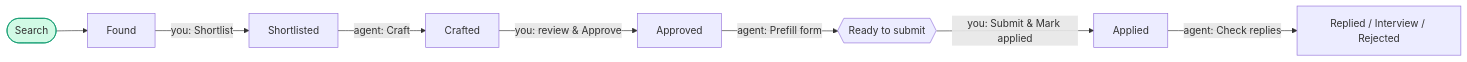
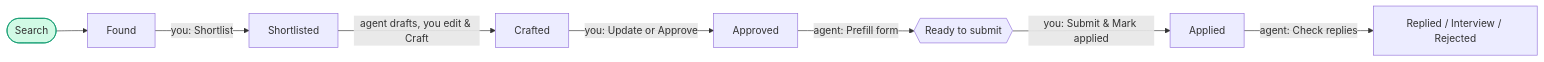
Before and after one commit to Lilychili/job-agent: the first of 2 diagrams in README.md, drawn with Mermaid. The commit also changed other lines of this file and 2 other files, not shown here.

First line of the commit message:
Craft modal: Craft for drafts, Update and Approve for Crafted

````diff
--- a/README.md
+++ b/README.md
@@ -55,11 +55,11 @@
 ```mermaid
 flowchart LR
     S([Search]):::agent --> F[Found]
     F -->|you: Shortlist| SL[Shortlisted]
-    SL -->|agent: Craft| C[Crafted]
-    C -->|you: review & Approve| A[Approved]
+    SL -->|agent drafts, you edit & Craft| C[Crafted]
+    C -->|you: Update or Approve| A[Approved]
     A -->|agent: Prefill form| R{{Ready to submit}}
     R -->|you: Submit & Mark applied| AP[Applied]
     AP -->|agent: Check replies| RE[Replied / Interview / Rejected]
     classDef agent fill:#d1fae5,stroke:#059669
 ```
````
